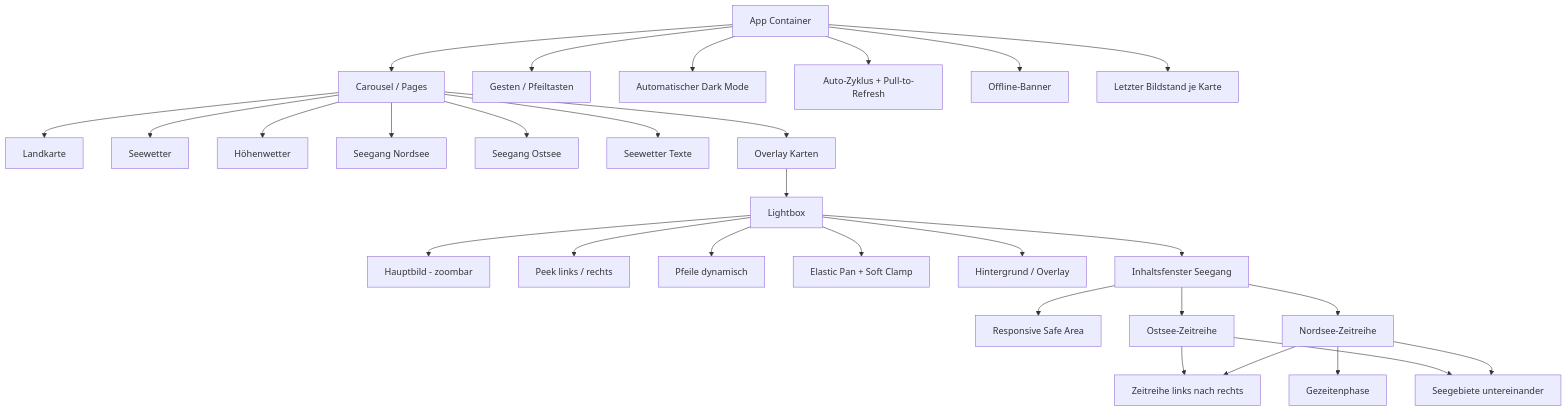
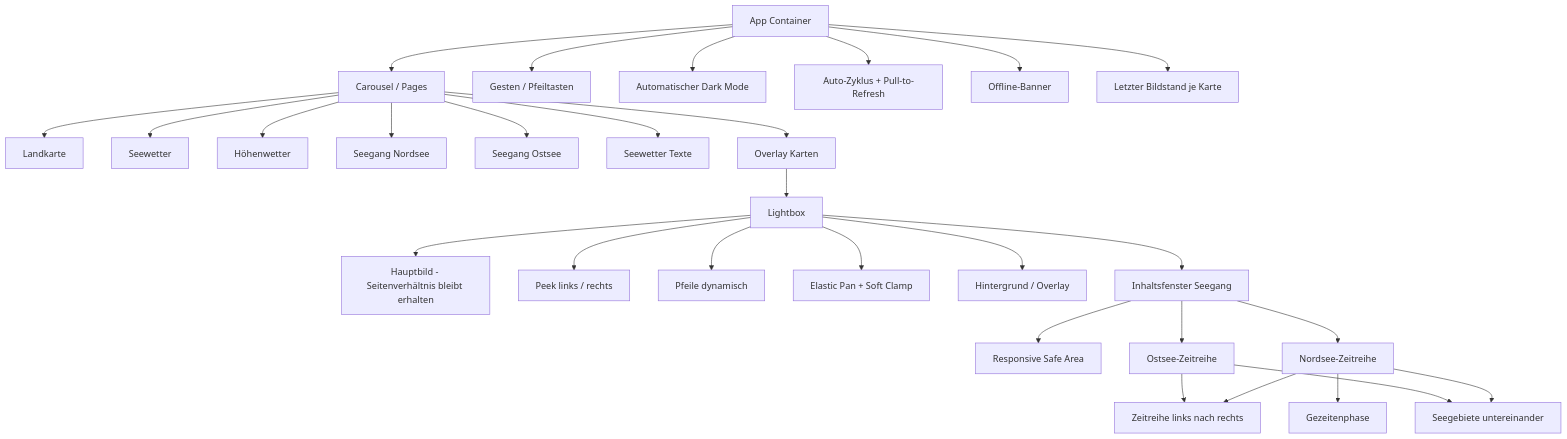
The diagram in docs/UI-Struktur.md (w465jt7pm9-cpu/dwd-dashboard), drawn with Mermaid before and after one commit. The commit also changed other lines of this file and 2 other files, not shown here.

````diff
--- a/docs/UI-Struktur.md
+++ b/docs/UI-Struktur.md
@@ -23,31 +24,31 @@
 ```mermaid
 flowchart TD
   App[App Container] --> Pages[Carousel / Pages]
   Pages --> Land[Landkarte]
   Pages --> See[Seewetter]
   Pages --> Hoehenwetter[Höhenwetter]
   Pages --> Nordsee[Seegang Nordsee]
   Pages --> Ostsee[Seegang Ostsee]
   Pages --> Texte[Seewetter Texte]
   Pages --> Cards[Overlay Karten]
   Cards --> Lightbox[Lightbox]
-  Lightbox --> Image[Hauptbild - zoombar]
+  Lightbox --> Image[Hauptbild - Seitenverhältnis bleibt erhalten]
   Lightbox --> Peek[Peek links / rechts]
   Lightbox --> Arrows[Pfeile dynamisch]
   Lightbox --> Elastic[Elastic Pan + Soft Clamp]
   Lightbox --> Overlay[Hintergrund / Overlay]
   Lightbox --> SeaWindow[Inhaltsfenster Seegang]
   SeaWindow --> SafeArea[Responsive Safe Area]
   SeaWindow --> NordseeWindow[Nordsee-Zeitreihe]
   SeaWindow --> OstseeWindow[Ostsee-Zeitreihe]
   NordseeWindow --> Meteogram[Zeitreihe links nach rechts]
   NordseeWindow --> Areas[Seegebiete untereinander]
   NordseeWindow --> Tide[Gezeitenphase]
   OstseeWindow --> Meteogram
   OstseeWindow --> Areas
   App --> Gestures[Gesten / Pfeiltasten]
   App --> Theme[Automatischer Dark Mode]
   App --> Refresh[Auto-Zyklus + Pull-to-Refresh]
   App --> OfflineBanner[Offline-Banner]
   App --> Persistence[Letzter Bildstand je Karte]
 ```
````
